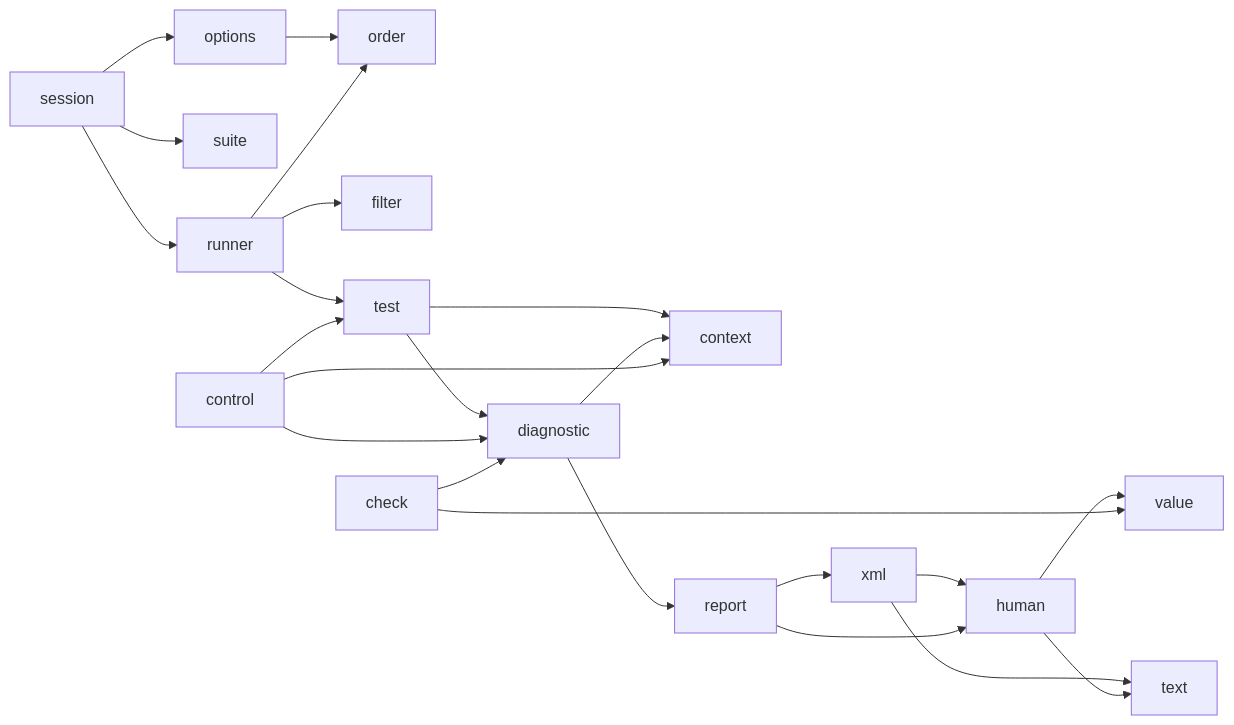
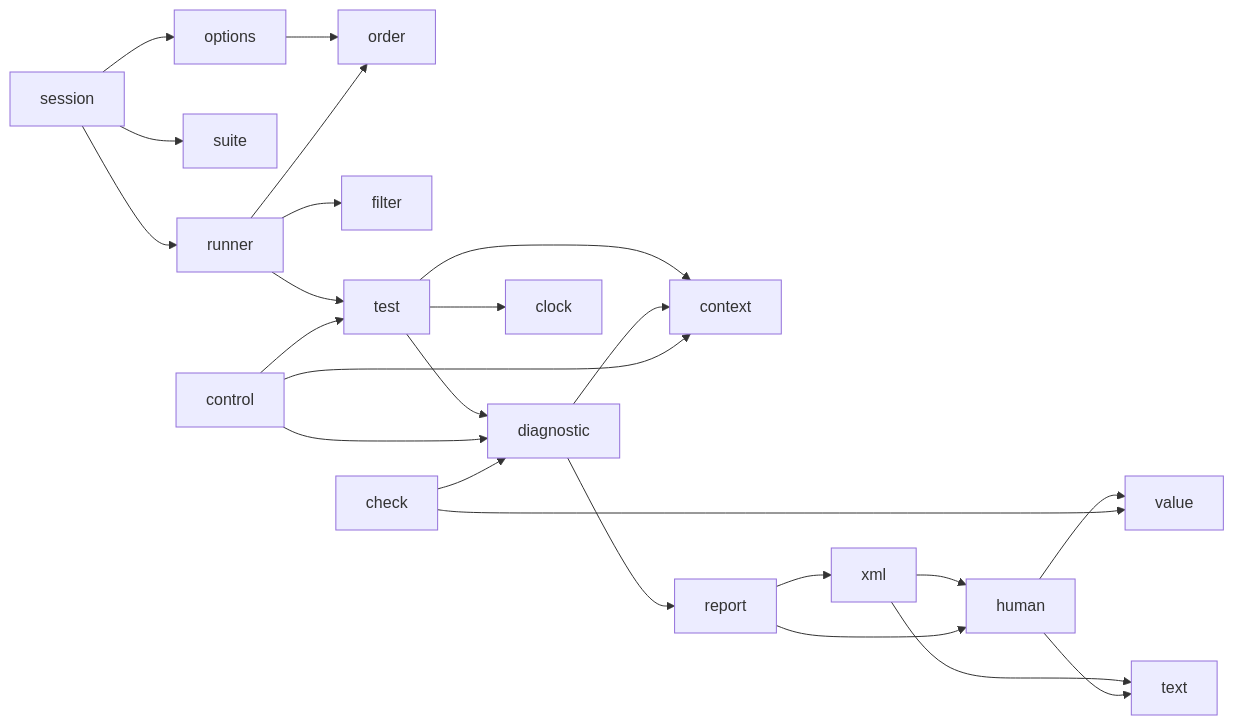
One commit to vabelorg/naos changed the diagram in docs/ja/development/architecture.md. Above: the diagram before and after it, drawn with Mermaid. The commit also changed other lines of this file and 10 other files, not shown here.

````diff
--- a/docs/ja/development/architecture.md
+++ b/docs/ja/development/architecture.md
@@ -55,15 +56,15 @@
 ```mermaid
 flowchart LR
   session --> options --> order
   session --> suite
   session --> runner
   runner --> filter & order
   runner --> test --> diagnostic
-  test --> context
+  test --> context & clock
   diagnostic --> context
   diagnostic --> report --> xml --> human --> value
   xml & human --> text
   report --> human
   control --> test & diagnostic & context
   check --> diagnostic & value
 ```
````
